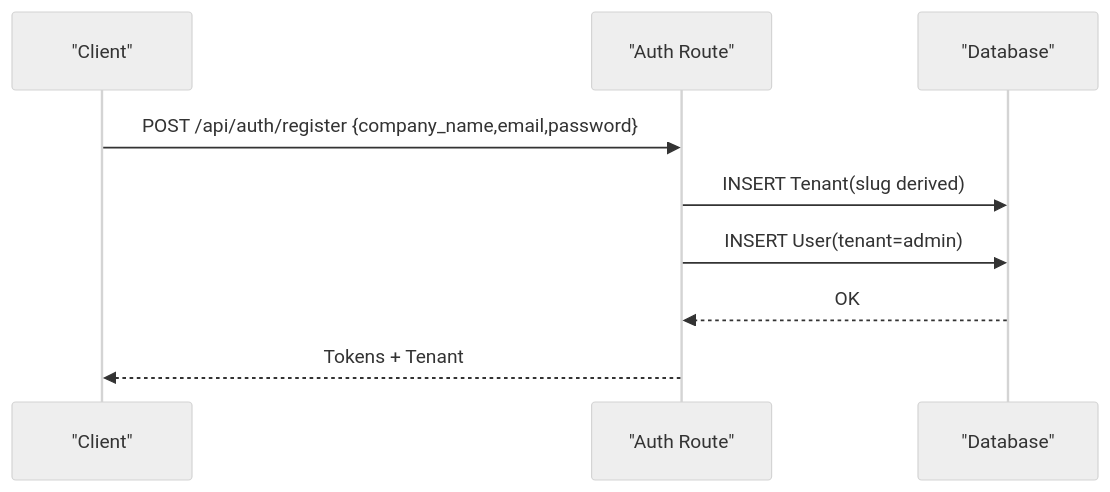
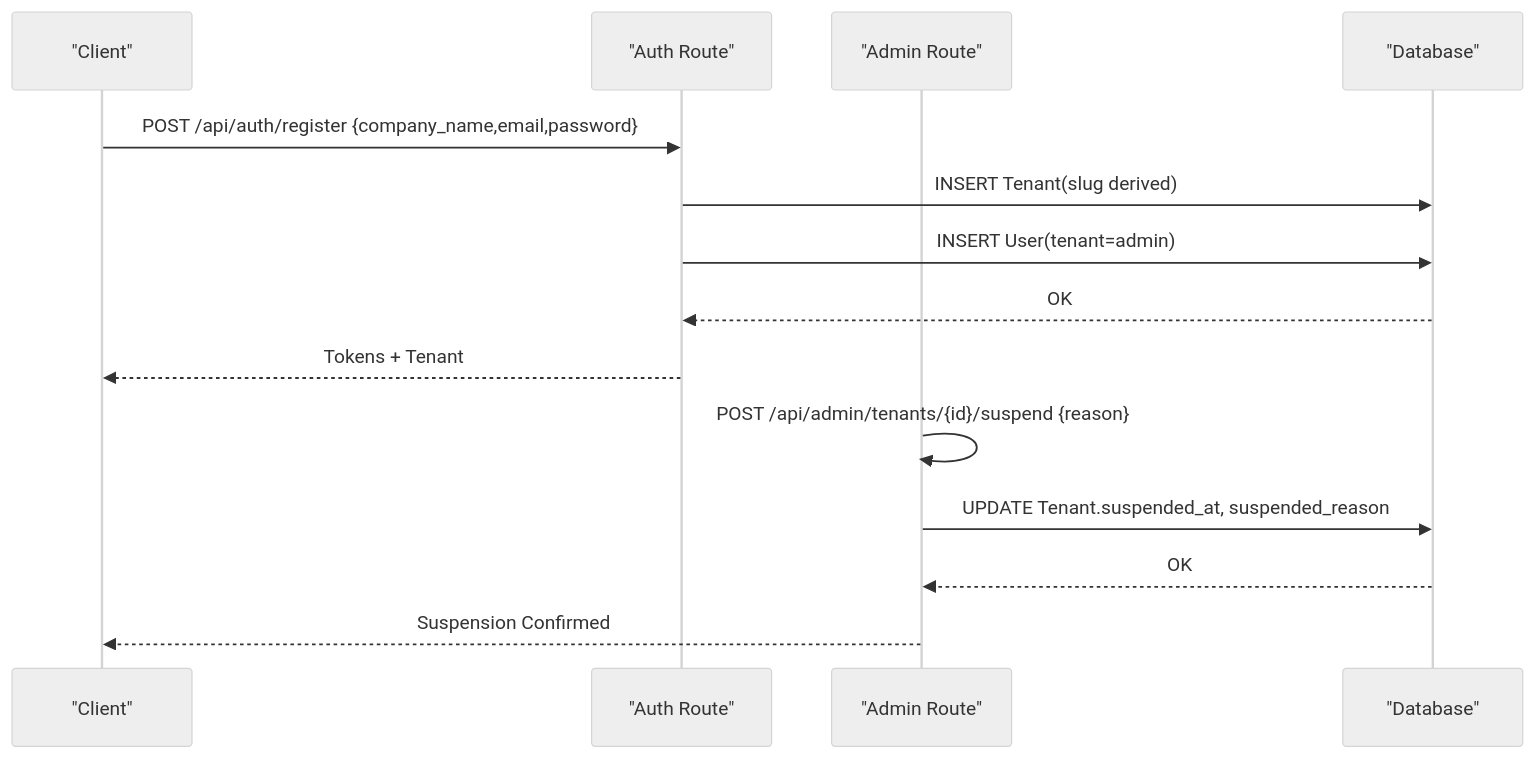
One commit to Revanththetalogics/aireume changed the seventh of 10 diagrams in .qoder/repowiki/en/content/Multi-Tenant System/Multi-Tenant System.md. Above: the diagram before and after it, drawn with Mermaid (neutral theme). The commit also changed other lines of this file and 10 other files, not shown here.

````diff
--- a/.qoder/repowiki/en/content/Multi-Tenant System/Multi-Tenant System.md
+++ b/.qoder/repowiki/en/content/Multi-Tenant System/Multi-Tenant System.md
@@ -332,11 +497,16 @@
 ```mermaid
 sequenceDiagram
 participant Client as "Client"
 participant Auth as "Auth Route"
+participant Admin as "Admin Route"
 participant DB as "Database"
 Client->>Auth : POST /api/auth/register {company_name,email,password}
 Auth->>DB : INSERT Tenant(slug derived)
 Auth->>DB : INSERT User(tenant=admin)
 DB-->>Auth : OK
 Auth-->>Client : Tokens + Tenant
+Admin->>Admin : POST /api/admin/tenants/{id}/suspend {reason}
+Admin->>DB : UPDATE Tenant.suspended_at, suspended_reason
+DB-->>Admin : OK
+Admin-->>Client : Suspension Confirmed
 ```
````
